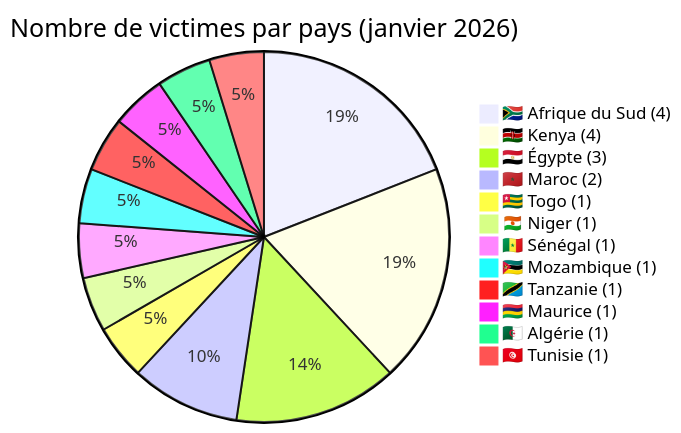
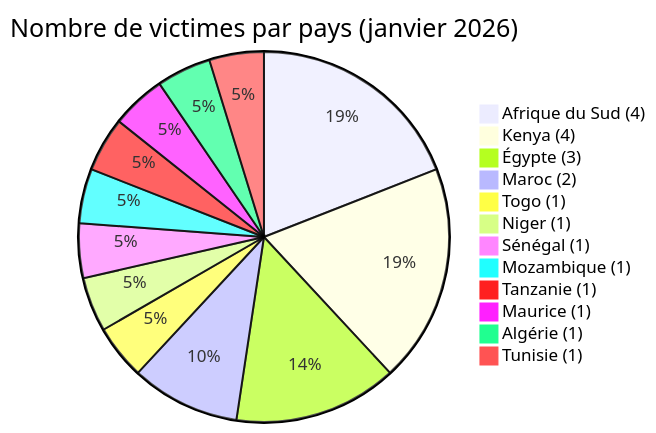
Before and after one commit to Hatchepsoute/AFRINTEL: the first of 4 diagrams in CyberAttackAfrica/2026/01-january/README_FR.md, drawn with Mermaid. The commit also changed other lines of this file and 11 other files, not shown here.

First line of the commit message:
fix: remove all emojis from Mermaid labels in Jan-Jun 2026 reports

````diff
--- a/CyberAttackAfrica/2026/01-january/README_FR.md
+++ b/CyberAttackAfrica/2026/01-january/README_FR.md
@@ -63,16 +63,16 @@
 ```mermaid
 pie
-    title Nombre de victimes par pays (janvier 2026)
-    "🇿🇦 Afrique du Sud (4)" : 4
-    "🇰🇪 Kenya (4)" : 4
-    "🇪🇬 Égypte (3)" : 3
-    "🇲🇦 Maroc (2)" : 2
-    "🇹🇬 Togo (1)" : 1
-    "🇳🇪 Niger (1)" : 1
-    "🇸🇳 Sénégal (1)" : 1
-    "🇲🇿 Mozambique (1)" : 1
-    "🇹🇿 Tanzanie (1)" : 1
-    "🇲🇺 Maurice (1)" : 1
-    "🇩🇿 Algérie (1)" : 1
-    "🇹🇳 Tunisie (1)" : 1
+ title Nombre de victimes par pays (janvier 2026)
+ "Afrique du Sud (4)" : 4
+ "Kenya (4)" : 4
+ "Égypte (3)" : 3
+ "Maroc (2)" : 2
+ "Togo (1)" : 1
+ "Niger (1)" : 1
+ "Sénégal (1)" : 1
+ "Mozambique (1)" : 1
+ "Tanzanie (1)" : 1
+ "Maurice (1)" : 1
+ "Algérie (1)" : 1
+ "Tunisie (1)" : 1
 ```
````
